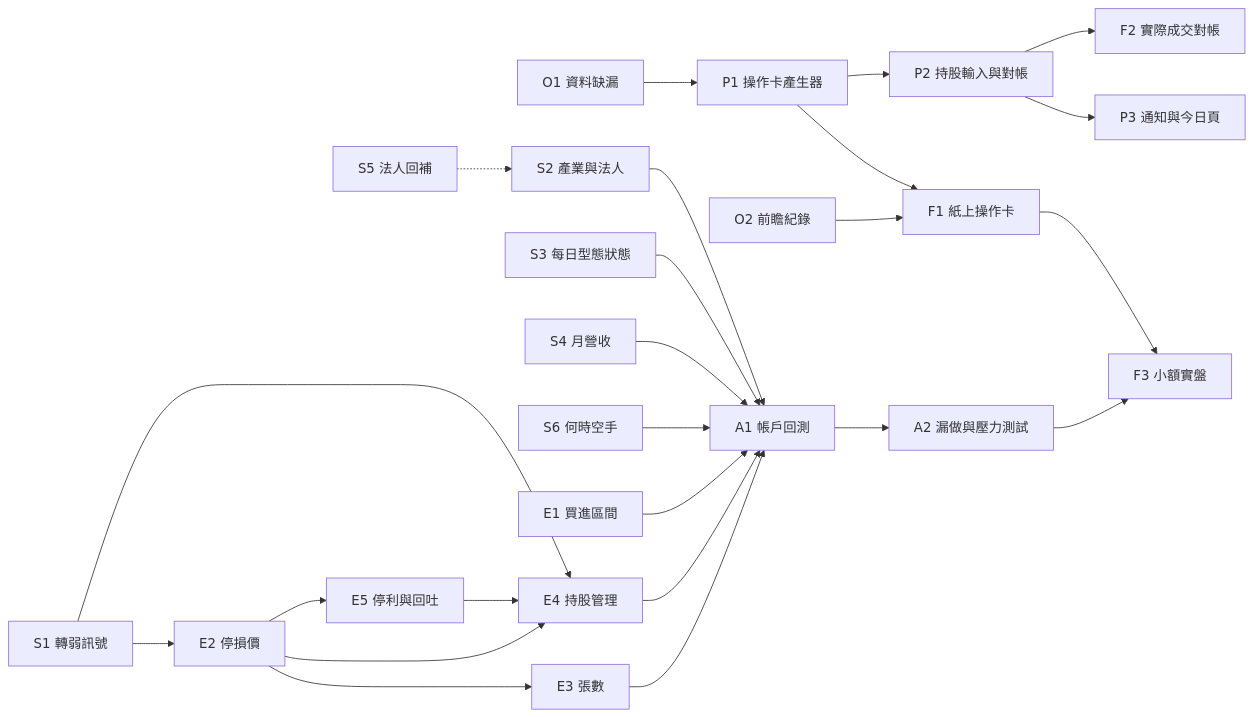
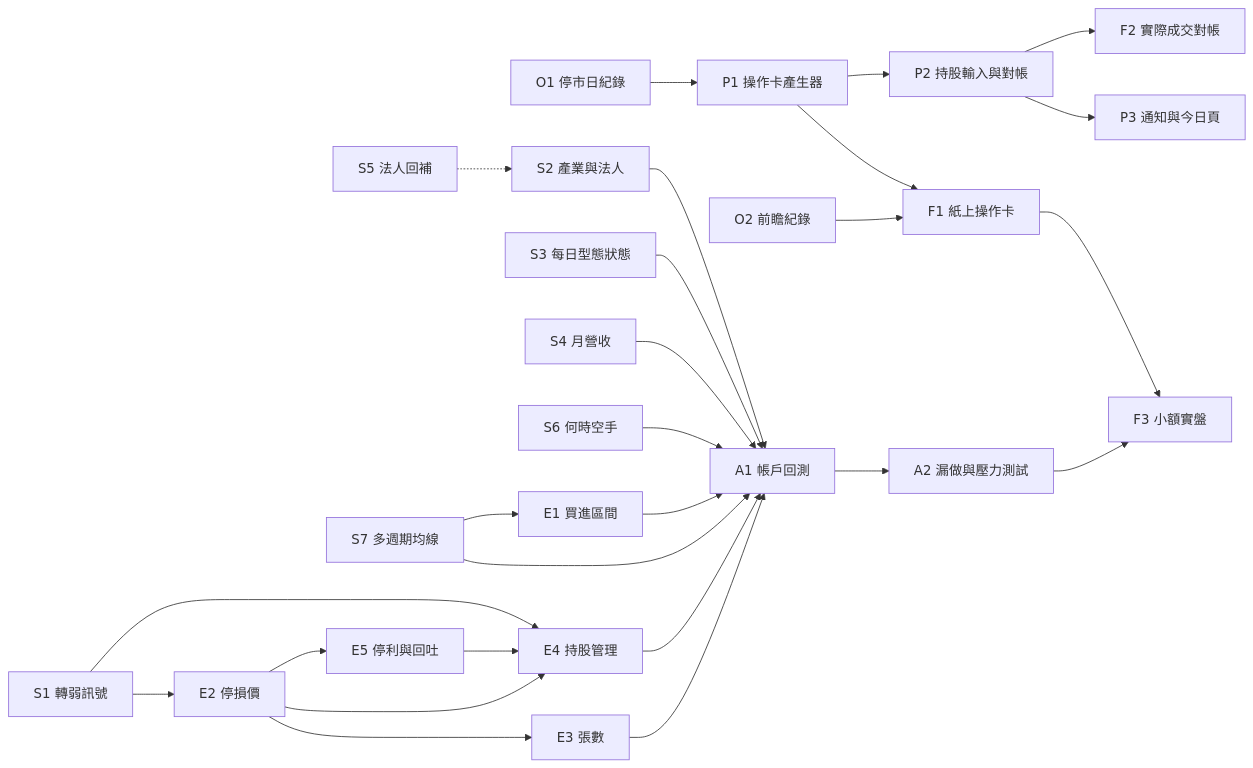
The diagram in docs/en/research-roadmap.md (TaiwanCCyoyo/stock-research), drawn with Mermaid before and after one commit. The commit also changed other lines of this file and 2 other files, not shown here.

First line of the commit message:
docs(research): add the Codex work queue and refresh roadmap status (#99)

````diff
--- a/docs/en/research-roadmap.md
+++ b/docs/en/research-roadmap.md
@@ -93,26 +95,28 @@
 ```mermaid
 flowchart LR
-  O1[O1 資料缺漏] --> P1
+  O1[O1 停市日紀錄] --> P1
   O2[O2 前瞻紀錄] --> F1
   S1[S1 轉弱訊號] --> E2
   S2[S2 產業與法人] --> A1
   S3[S3 每日型態狀態] --> A1
   S4[S4 月營收] --> A1
   S5[S5 法人回補] -.-> S2
   S6[S6 何時空手] --> A1
+  S7[S7 多週期均線] --> A1
+  S7 --> E1
   E1[E1 買進區間] --> A1
   E2[E2 停損價] --> E3[E3 張數]
   E3 --> A1
   S1 --> E4[E4 持股管理]
   E2 --> E4
   E2 --> E5[E5 停利與回吐]
   E5 --> E4
   E4 --> A1
   A1[A1 帳戶回測] --> A2[A2 漏做與壓力測試]
   P1[P1 操作卡產生器] --> F1[F1 紙上操作卡]
   A2 --> F3[F3 小額實盤]
   F1 --> F3
   P1 --> P2[P2 持股輸入與對帳]
   P2 --> P3[P3 通知與今日頁]
   P2 --> F2[F2 實際成交對帳]
 ```
````
